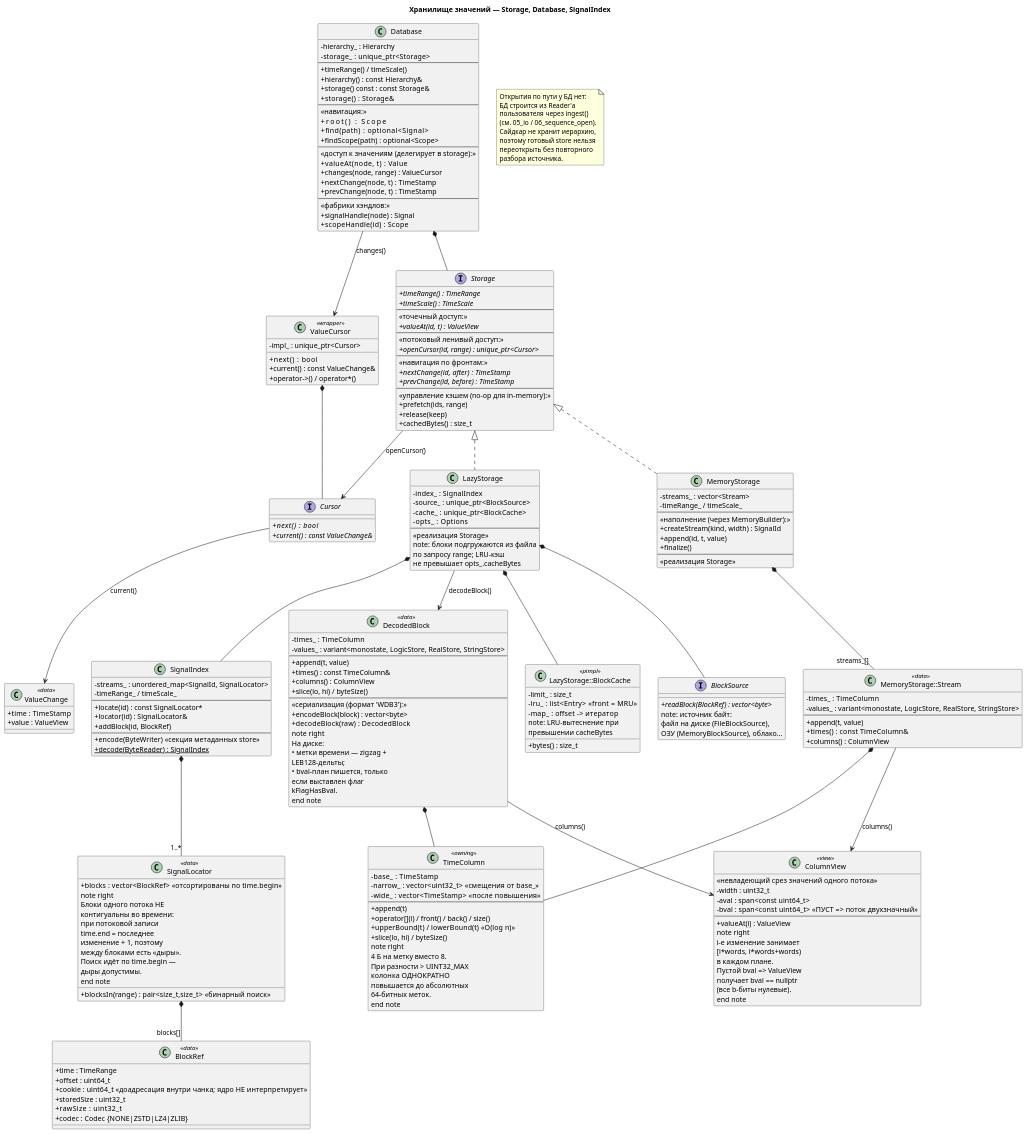
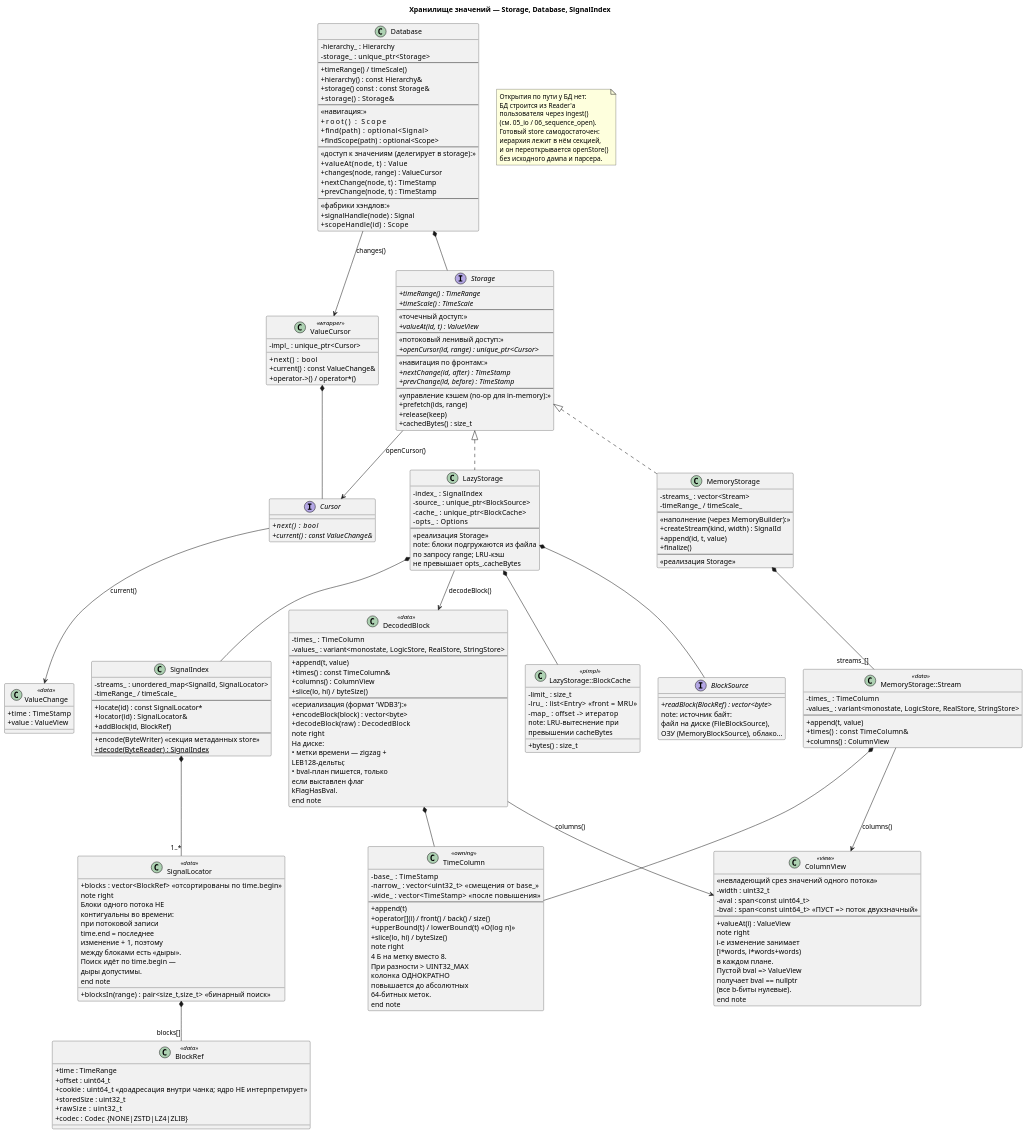
One commit to gikon3/wasafe changed the diagram in docs/uml/04_storage.puml. Above: the diagram before and after it, drawn with PlantUML. The commit also changed 2 other files, not shown here.

Commit message:
doc: устаревшие места в UML-диаграммах
Заметка про сайдкар пережила переезд на самодостаточный store.

```diff
--- a/docs/uml/04_storage.puml
+++ b/docs/uml/04_storage.puml
@@ -231,10 +231,10 @@
   БД строится из Reader'а
   пользователя через ingest()
   (см. 05_io / 06_sequence_open).
-  Сайдкар не хранит иерархию,
-  поэтому готовый store нельзя
-  переоткрыть без повторного
-  разбора источника.
+  Готовый store самодостаточен:
+  иерархия лежит в нём секцией,
+  и он переоткрывается openStore()
+  без исходного дампа и парсера.
 end note
 
 Database *-- Storage
```
